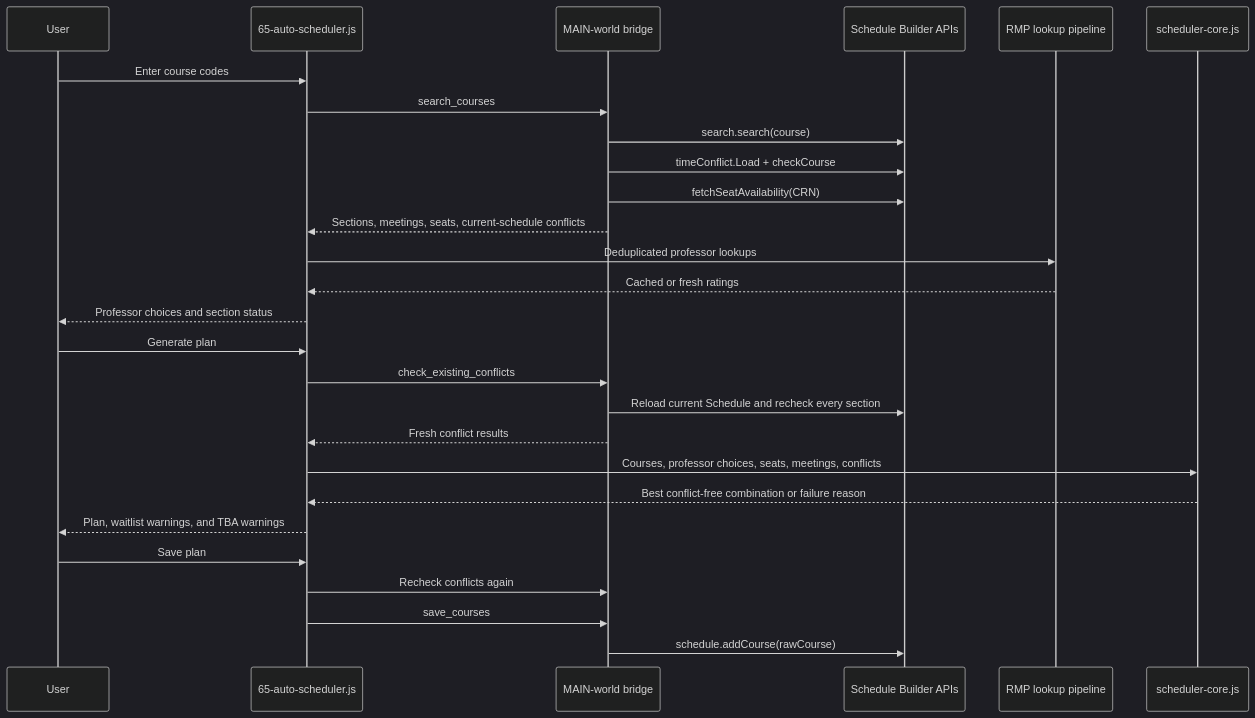
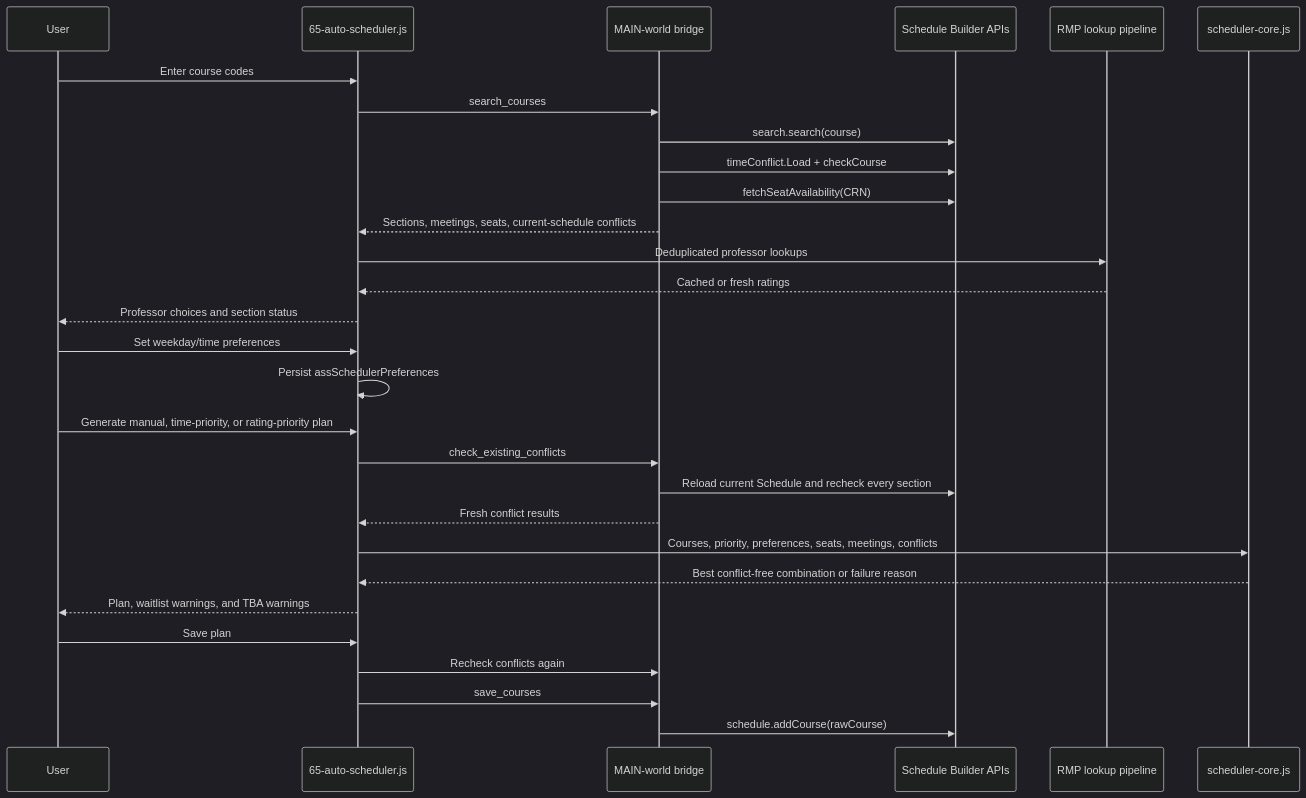
One commit to vijitdua/aggie-schedule-sniper changed the second of 2 diagrams in docs/ARCHITECTURE.md. Above: the diagram before and after it, drawn with Mermaid (dark theme). The commit also changed other lines of this file and 9 other files, not shown here.

````diff
--- a/docs/ARCHITECTURE.md
+++ b/docs/ARCHITECTURE.md
@@ -160,32 +160,34 @@
 ```mermaid
 sequenceDiagram
   participant User
   participant UI as 65-auto-scheduler.js
   participant Bridge as MAIN-world bridge
   participant SB as Schedule Builder APIs
   participant RMP as RMP lookup pipeline
   participant Core as scheduler-core.js
 
   User->>UI: Enter course codes
   UI->>Bridge: search_courses
   Bridge->>SB: search.search(course)
   Bridge->>SB: timeConflict.Load + checkCourse
   Bridge->>SB: fetchSeatAvailability(CRN)
   Bridge-->>UI: Sections, meetings, seats, current-schedule conflicts
   UI->>RMP: Deduplicated professor lookups
   RMP-->>UI: Cached or fresh ratings
   UI-->>User: Professor choices and section status
 
-  User->>UI: Generate plan
+  User->>UI: Set weekday/time preferences
+  UI->>UI: Persist assSchedulerPreferences
+  User->>UI: Generate manual, time-priority, or rating-priority plan
   UI->>Bridge: check_existing_conflicts
   Bridge->>SB: Reload current Schedule and recheck every section
   Bridge-->>UI: Fresh conflict results
-  UI->>Core: Courses, professor choices, seats, meetings, conflicts
+  UI->>Core: Courses, priority, preferences, seats, meetings, conflicts
   Core-->>UI: Best conflict-free combination or failure reason
   UI-->>User: Plan, waitlist warnings, and TBA warnings
 
   User->>UI: Save plan
   UI->>Bridge: Recheck conflicts again
   UI->>Bridge: save_courses
   Bridge->>SB: schedule.addCourse(rawCourse)
 ```
````
